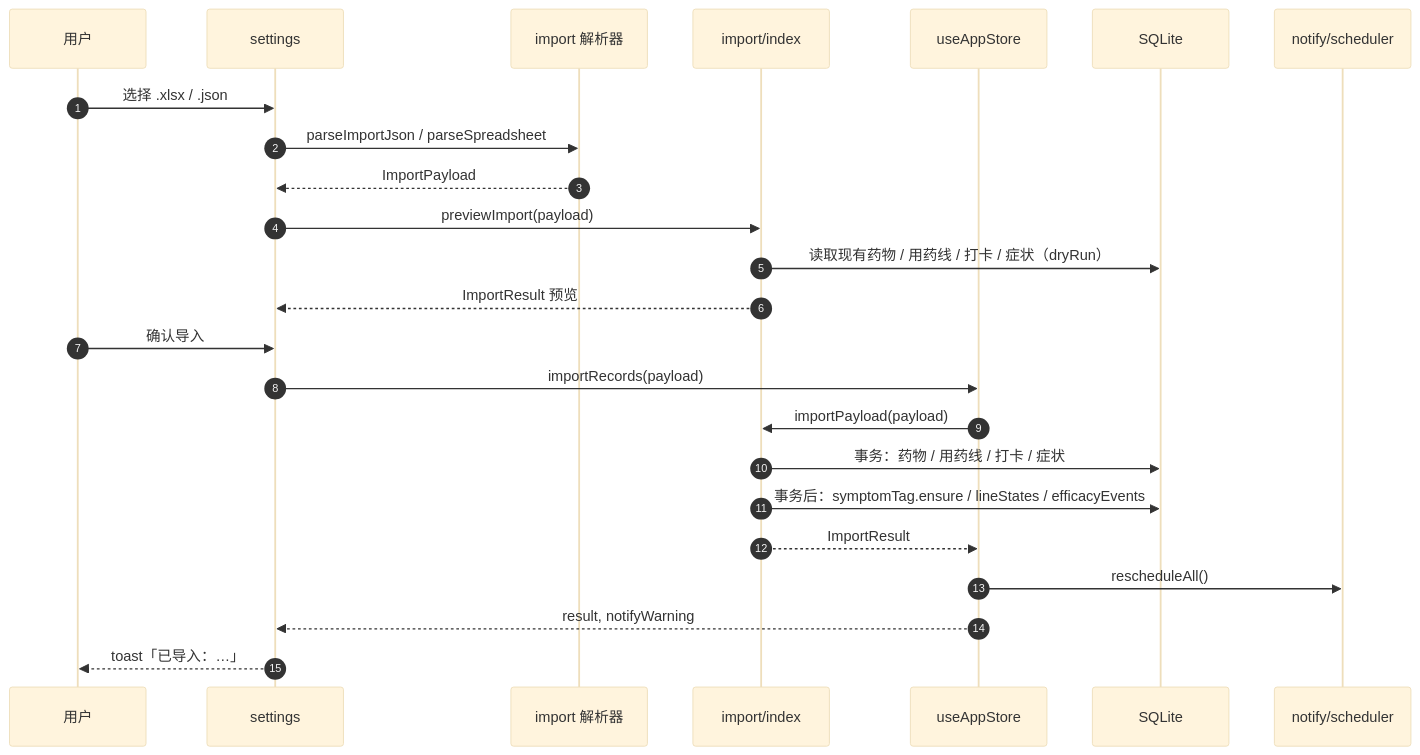
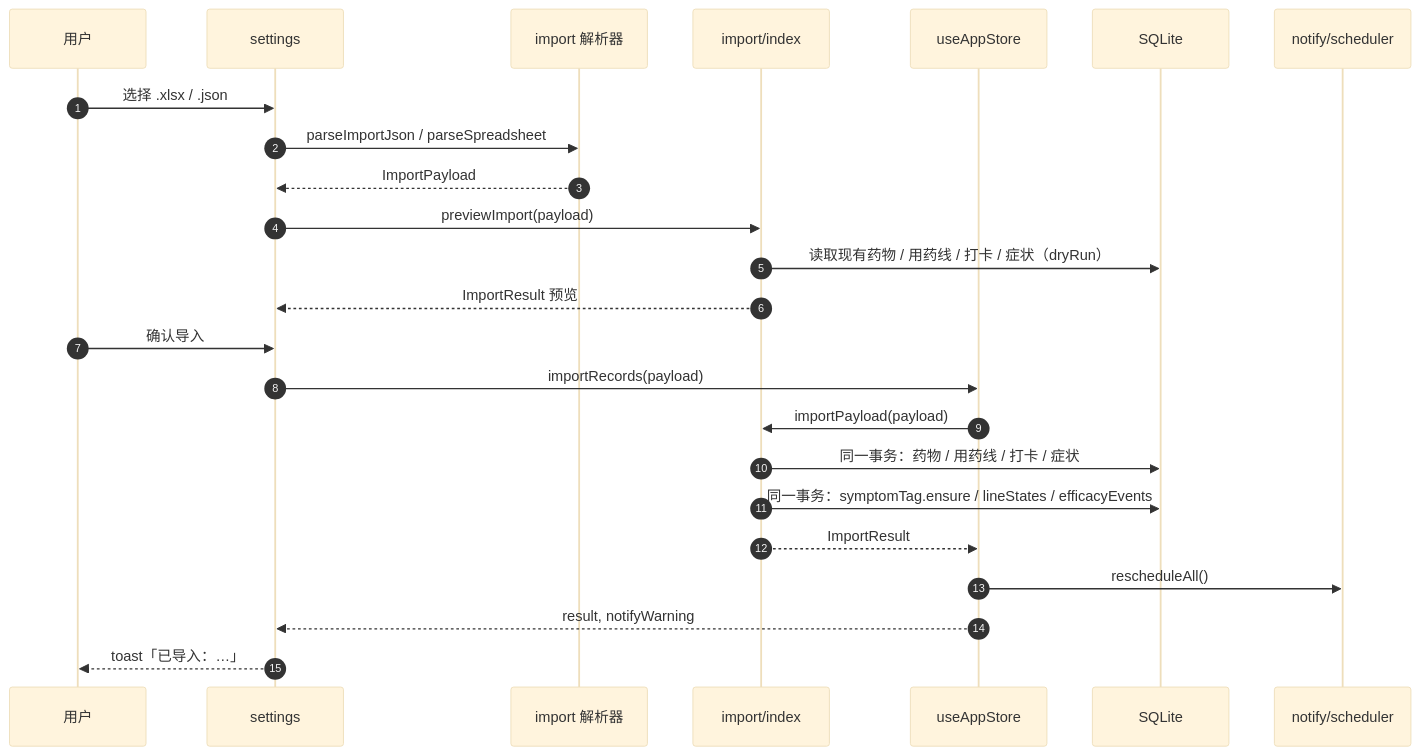
Before and after one commit to KongValley/bioclock-app: the seventh of 10 diagrams in docs/development.md, drawn with Mermaid (base theme). The commit also changed other lines of this file and 6 other files, not shown here.

````diff
--- a/docs/development.md
+++ b/docs/development.md
@@ -1265,27 +1267,27 @@
 ```mermaid
 sequenceDiagram
   autonumber
   participant U as 用户
   participant Settings as settings
   participant Parser as import 解析器
   participant Import as import/index
   participant Store as useAppStore
   participant DB as SQLite
   participant Notify as notify/scheduler
 
   U->>Settings: 选择 .xlsx / .json
   Settings->>Parser: parseImportJson / parseSpreadsheet
   Parser-->>Settings: ImportPayload
   Settings->>Import: previewImport(payload)
   Import->>DB: 读取现有药物 / 用药线 / 打卡 / 症状（dryRun）
   Import-->>Settings: ImportResult 预览
   U->>Settings: 确认导入
   Settings->>Store: importRecords(payload)
   Store->>Import: importPayload(payload)
-  Import->>DB: 事务：药物 / 用药线 / 打卡 / 症状
-  Import->>DB: 事务后：symptomTag.ensure / lineStates / efficacyEvents
+  Import->>DB: 同一事务：药物 / 用药线 / 打卡 / 症状
+  Import->>DB: 同一事务：symptomTag.ensure / lineStates / efficacyEvents
   Import-->>Store: ImportResult
   Store->>Notify: rescheduleAll()
   Store-->>Settings: result, notifyWarning
   Settings-->>U: toast「已导入：…」
 ```
````
